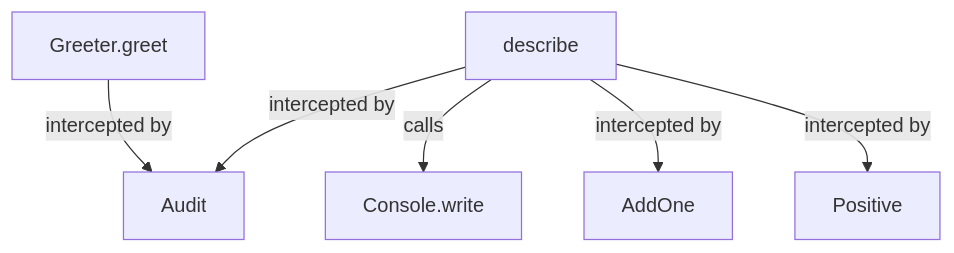
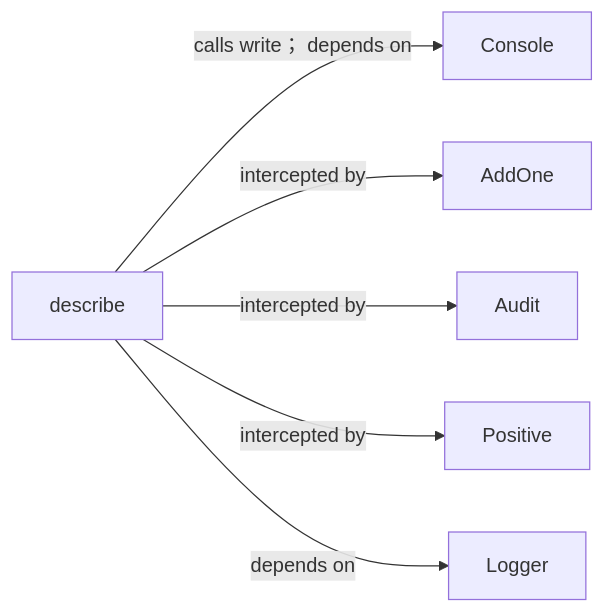
The third of 4 diagrams in docs/examples/interceptors/app-diagrams.md (GreenPandaStudios/augscript), drawn with Mermaid before and after one commit. The commit also changed other lines of this file and 304 other files, not shown here.

Commit message:
Make generated data-flow sequences concise and review every diagram

````diff
--- a/docs/examples/interceptors/app-diagrams.md
+++ b/docs/examples/interceptors/app-diagrams.md
@@ -46,14 +47,14 @@
 ```mermaid
-flowchart TD
-    n0["Greeter.greet"]
-    n1["describe"]
-    n2["Console.write"]
-    n3["AddOne"]
-    n4["Audit"]
-    n5["Positive"]
+flowchart LR
+    n0["describe"]
+    n1["Console"]
+    n2["AddOne"]
+    n3["Audit"]
+    n4["Positive"]
+    n5["Logger"]
+    n0 -->|"calls write； depends on"| n1
+    n0 -->|"intercepted by"| n2
+    n0 -->|"intercepted by"| n3
     n0 -->|"intercepted by"| n4
-    n1 -->|"calls"| n2
-    n1 -->|"intercepted by"| n3
-    n1 -->|"intercepted by"| n4
-    n1 -->|"intercepted by"| n5
+    n0 -->|"depends on"| n5
 ```
````
